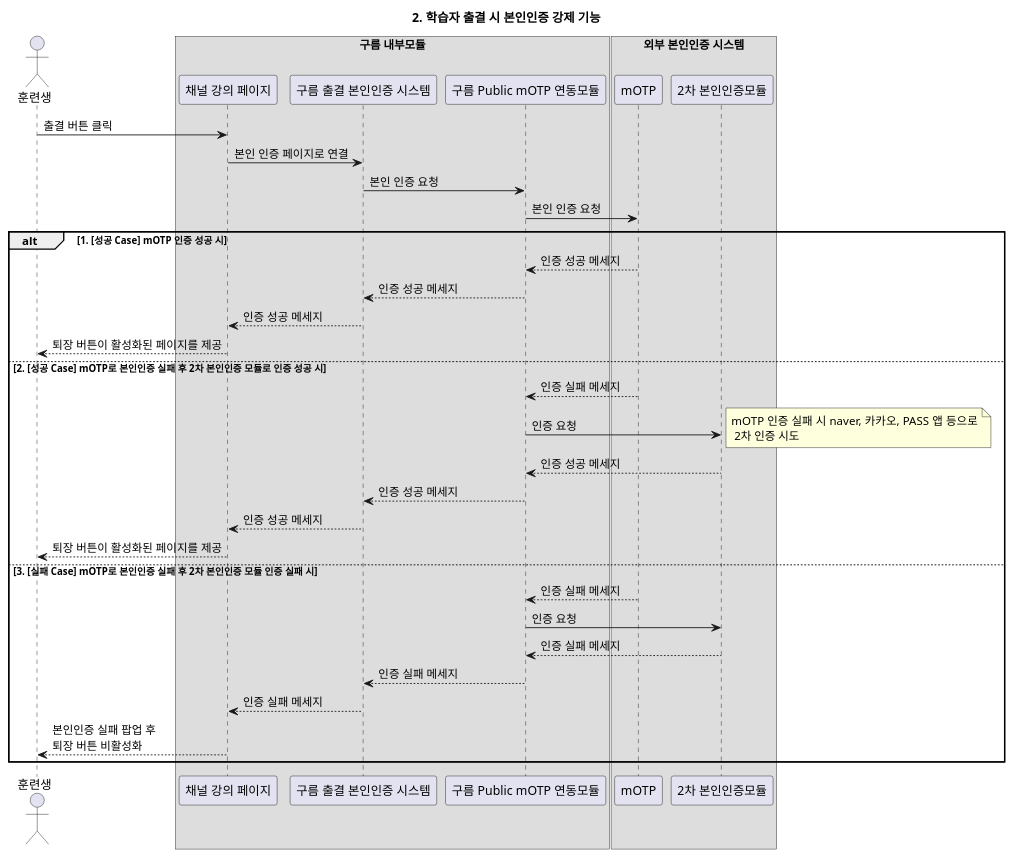
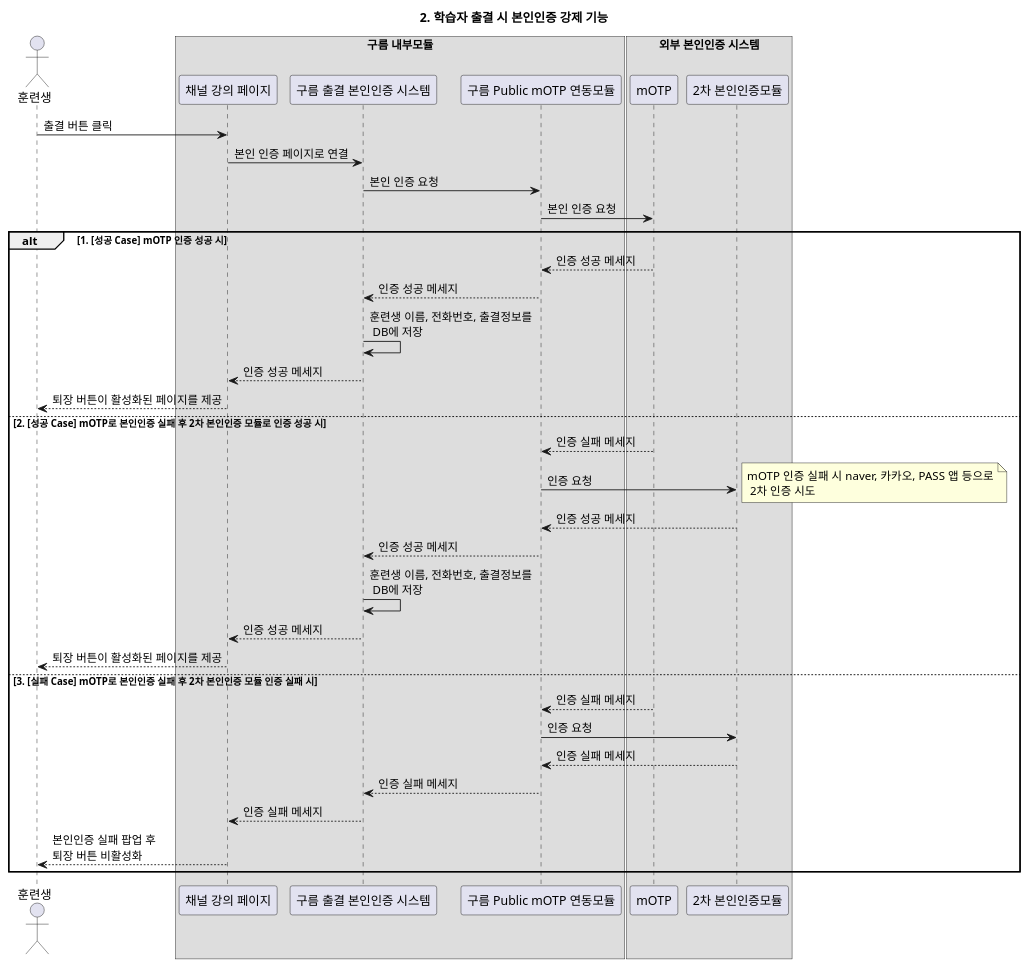
Before and after one commit to YoonsooOh/tech-study: the diagram in 본인인증기획/DomainDiagram.md.puml, drawn with PlantUML.

```diff
--- a/본인인증기획/DomainDiagram.md.puml
+++ b/본인인증기획/DomainDiagram.md.puml
@@ -1,65 +1,67 @@
 @startuml
 
 title 2. 학습자 출결 시 본인인증 강제 기능
 
 actor 훈련생
 
 box "구름 내부모듈"
 participant "채널 강의 페이지"
 participant "구름 출결 본인인증 시스템"
 participant "구름 Public mOTP 연동모듈"
 endbox
 
 box "외부 본인인증 시스템"
 participant mOTP
 participant "2차 본인인증모듈"
 endbox
 
 훈련생 -> "채널 강의 페이지" : 출결 버튼 클릭
 "채널 강의 페이지" -> "구름 출결 본인인증 시스템" : 본인 인증 페이지로 연결
 "구름 출결 본인인증 시스템" -> "구름 Public mOTP 연동모듈" : 본인 인증 요청
 "구름 Public mOTP 연동모듈" -> mOTP : 본인 인증 요청
 
 alt 1. [성공 Case] mOTP 인증 성공 시
 mOTP --> "구름 Public mOTP 연동모듈" : 인증 성공 메세지
 "구름 Public mOTP 연동모듈" --> "구름 출결 본인인증 시스템" : 인증 성공 메세지
+"구름 출결 본인인증 시스템" -> "구름 출결 본인인증 시스템" : 훈련생 이름, 전화번호, 출결정보를 \n DB에 저장
 "구름 출결 본인인증 시스템" --> "채널 강의 페이지": 인증 성공 메세지
 "채널 강의 페이지" --> 훈련생 : 퇴장 버튼이 활성화된 페이지를 제공
 
 else 2. [성공 Case] mOTP로 본인인증 실패 후 2차 본인인증 모듈로 인증 성공 시
 mOTP --> "구름 Public mOTP 연동모듈" : 인증 실패 메세지
 "구름 Public mOTP 연동모듈" -> "2차 본인인증모듈" : 인증 요청
 note right: mOTP 인증 실패 시 naver, 카카오, PASS 앱 등으로\n 2차 인증 시도
 "2차 본인인증모듈" --> "구름 Public mOTP 연동모듈" : 인증 성공 메세지
 "구름 Public mOTP 연동모듈" --> "구름 출결 본인인증 시스템" : 인증 성공 메세지
+"구름 출결 본인인증 시스템" -> "구름 출결 본인인증 시스템" : 훈련생 이름, 전화번호, 출결정보를 \n DB에 저장
 "구름 출결 본인인증 시스템" --> "채널 강의 페이지": 인증 성공 메세지
 "채널 강의 페이지" --> 훈련생 : 퇴장 버튼이 활성화된 페이지를 제공
 
 else 3. [실패 Case] mOTP로 본인인증 실패 후 2차 본인인증 모듈 인증 실패 시
 mOTP --> "구름 Public mOTP 연동모듈" : 인증 실패 메세지
 "구름 Public mOTP 연동모듈" -> "2차 본인인증모듈" : 인증 요청
 "2차 본인인증모듈" --> "구름 Public mOTP 연동모듈" : 인증 실패 메세지
 "구름 Public mOTP 연동모듈" --> "구름 출결 본인인증 시스템" : 인증 실패 메세지
 "구름 출결 본인인증 시스템" --> "채널 강의 페이지": 인증 실패 메세지
 "채널 강의 페이지" --> 훈련생 : 본인인증 실패 팝업 후\n퇴장 버튼 비활성화
 
 end
 
 /'
 훈련생 -> "구름 출결 본인인증 시스템" : 인증 요청
 "구름 출결 본인인증 시스템" -> mOTP : Client의 인증 정보를 전달
 
 alt 인증 성공
 mOTP --> "구름 출결 본인인증 시스템" : 인증 성공 응답 제공 (200 OK)
 "구름 출결 본인인증 시스템" --> 훈련생 : 인증 성공 메시지 전달 후 Channel 페이지로 연결
 훈련생 -> "채널 강의 페이지" : 강의 정보 요청
 "채널 강의 페이지" --> 훈련생 : 강의 정보 페이지 반환
 
 else 인증 실패
 mOTP --> "구름 출결 본인인증 시스템" : 인증 실패 응답 제공 (4xx/5xx ERROR)
 "구름 출결 본인인증 시스템" --> 훈련생: 타사 본인인증 모듈로 연결하여 다른 방식으로 본인인증 할 수 있게 유도
 훈련생 -> "2차 본인인증모듈": 본인인증 요청
 note right: mOTP 인증 실패 시 naver, 카카오, PASS 앱 등으로\n 2차 인증 시도
 end
 '/
 @enduml
```
